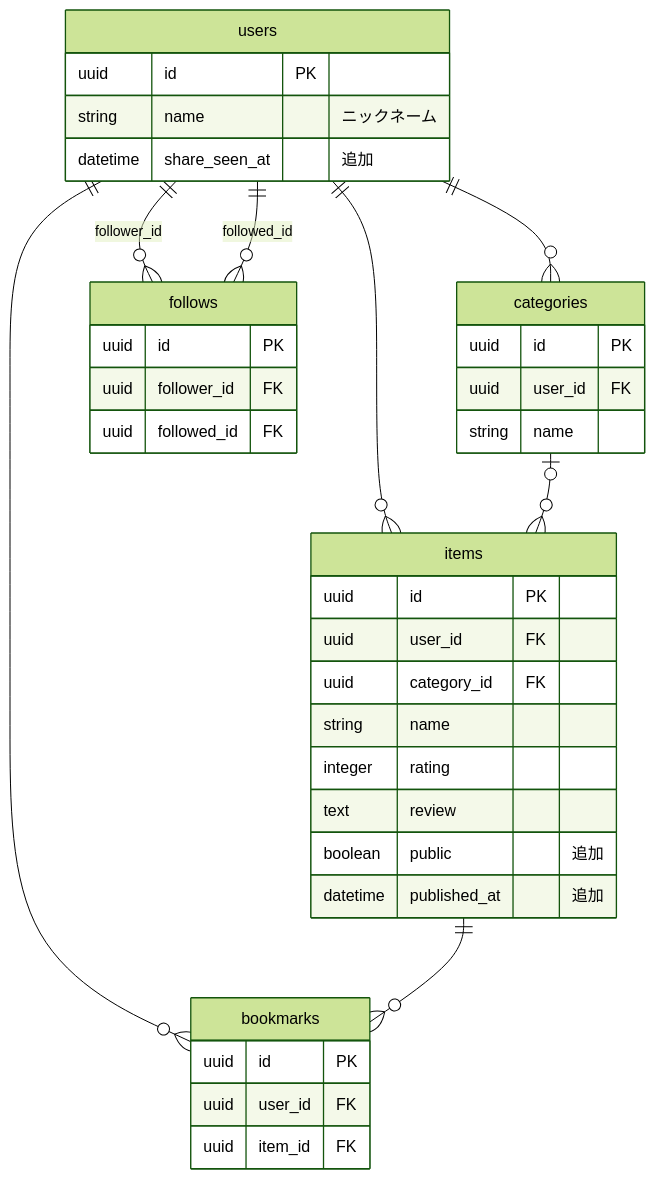
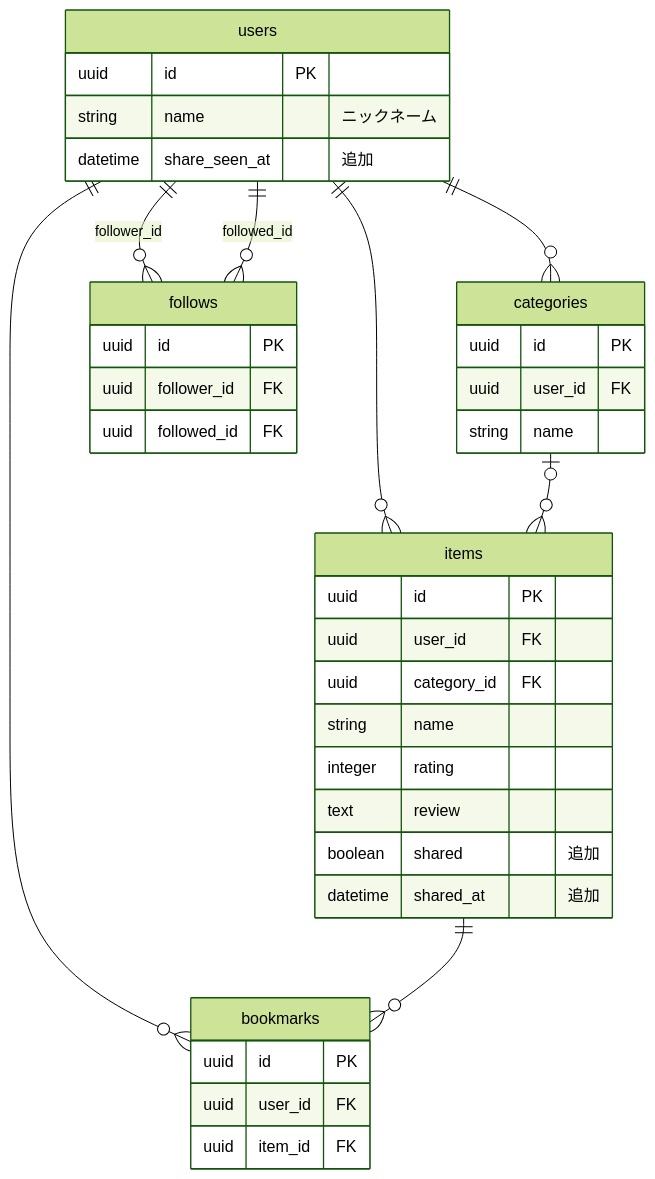
Before and after one commit to maichi917/erabu-note: the diagram in docs/sharing-plan.md, drawn with Mermaid (forest theme). The commit also changed other lines of this file and 4 other files, not shown here.

````diff
--- a/docs/sharing-plan.md
+++ b/docs/sharing-plan.md
@@ -79,41 +79,41 @@
 ```mermaid
 erDiagram
     users ||--o{ items : ""
     users ||--o{ categories : ""
     categories |o--o{ items : ""
     users ||--o{ follows : "follower_id"
     users ||--o{ follows : "followed_id"
     users ||--o{ bookmarks : ""
     items ||--o{ bookmarks : ""
 
     users {
         uuid id PK
         string name "ニックネーム"
         datetime share_seen_at "追加"
     }
     categories {
         uuid id PK
         uuid user_id FK
         string name
     }
     items {
         uuid id PK
         uuid user_id FK
         uuid category_id FK
         string name
         integer rating
         text review
-        boolean public "追加"
-        datetime published_at "追加"
+        boolean shared "追加"
+        datetime shared_at "追加"
     }
     follows {
         uuid id PK
         uuid follower_id FK
         uuid followed_id FK
     }
     bookmarks {
         uuid id PK
         uuid user_id FK
         uuid item_id FK
     }
 ```
````
